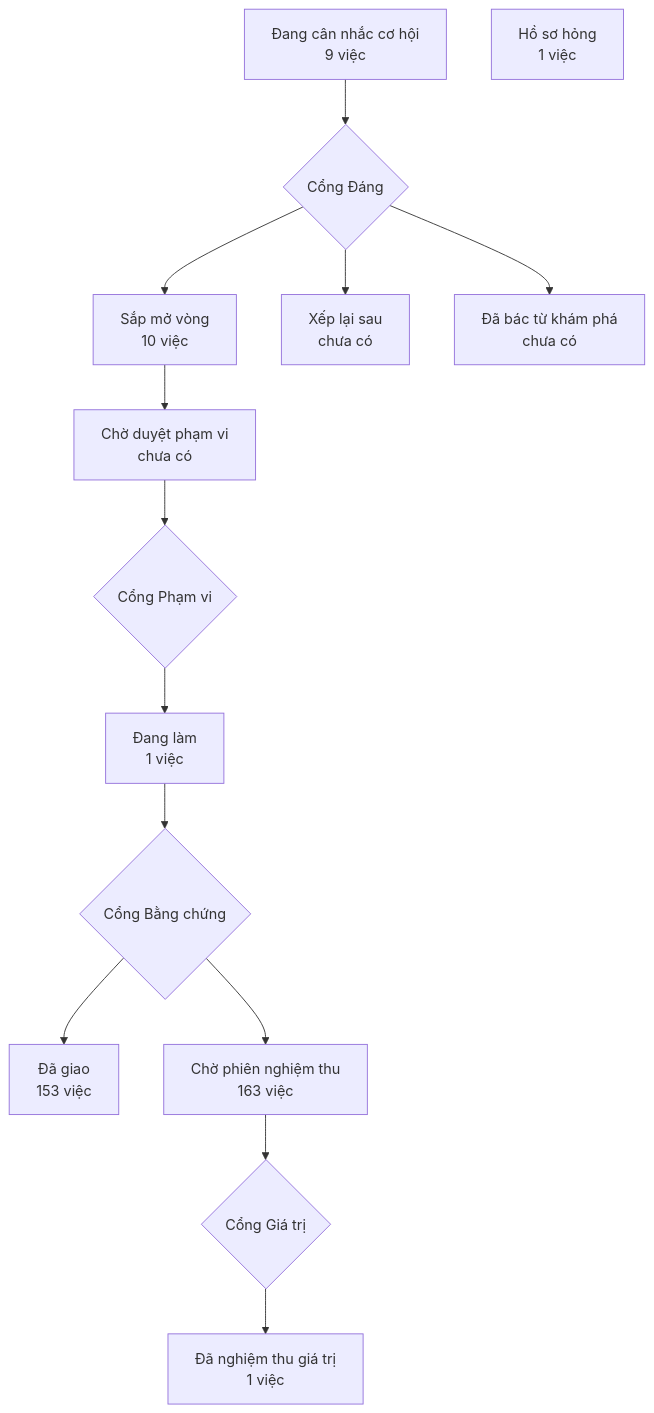
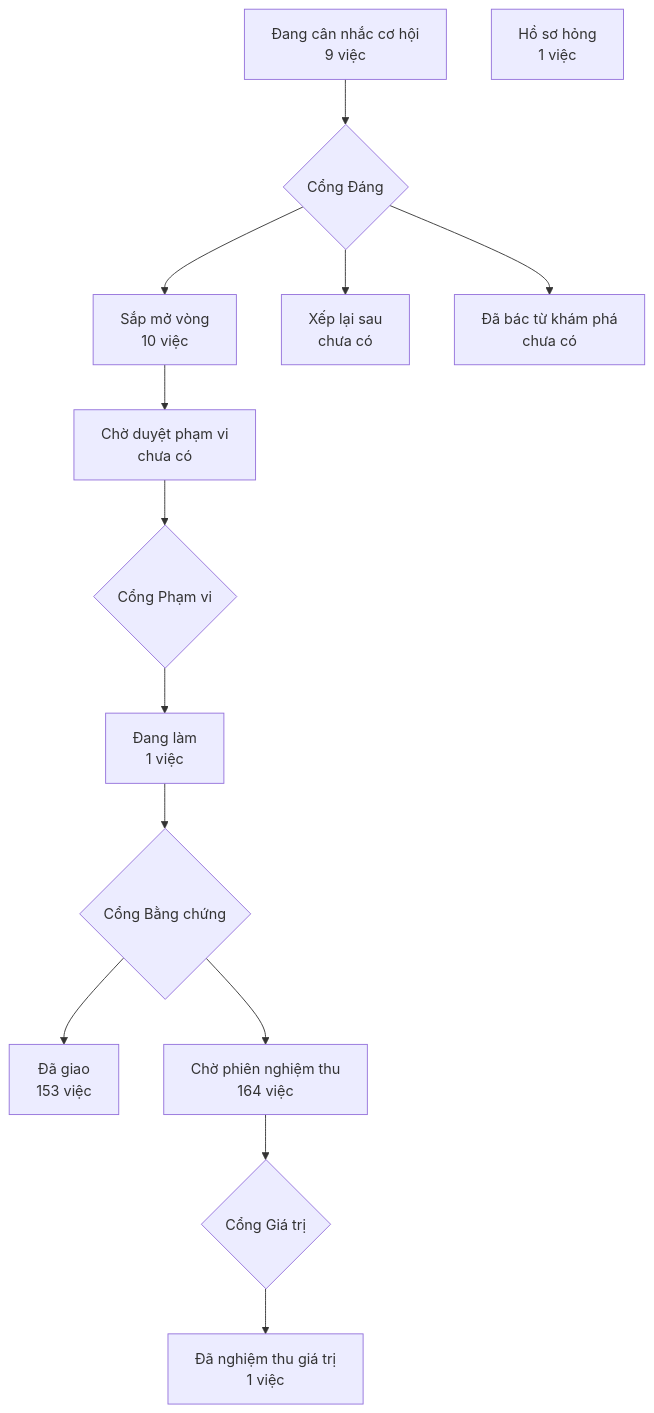
One commit to phanlemanh/crm-onehub changed the diagram in PRODUCT-MAP.md. Above: the diagram before and after it, drawn with Mermaid. The commit also changed 1 other file, not shown here.

Commit message:
docs(loc-don-vi-khong-tu-dong): vẽ lại bản đồ sau gộp onehub (#525)

````diff
--- a/PRODUCT-MAP.md
+++ b/PRODUCT-MAP.md
@@ -7,13 +7,13 @@
 ```mermaid
 flowchart TD
   A["Đang cân nhắc cơ hội<br/>9 việc"] --> GD{"Cổng Đáng"}
   GD --> B["Sắp mở vòng<br/>10 việc"]
   GD --> XL["Xếp lại sau<br/>chưa có"]
   GD --> DB["Đã bác từ khám phá<br/>chưa có"]
   B --> CD["Chờ duyệt phạm vi<br/>chưa có"] --> GP{"Cổng Phạm vi"}
   GP --> DL["Đang làm<br/>1 việc"] --> GB{"Cổng Bằng chứng"}
   GB --> DG["Đã giao<br/>153 việc"]
-  GB --> CN["Chờ phiên nghiệm thu<br/>163 việc"] --> GG{"Cổng Giá trị"}
+  GB --> CN["Chờ phiên nghiệm thu<br/>164 việc"] --> GG{"Cổng Giá trị"}
   GG --> NT["Đã nghiệm thu giá trị<br/>1 việc"]
   HS["Hồ sơ hỏng<br/>1 việc"]
 ```
````
